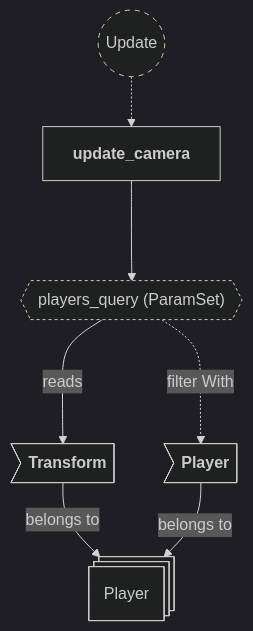
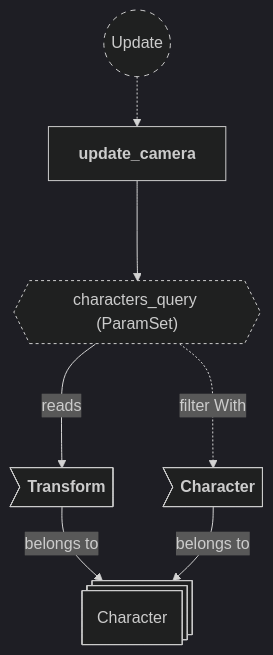
Before and after one commit to neurosoup/tyled: the fourth of 8 diagrams in backlog/docs/doc-6 - 005-Camera-plugin.md, drawn with Mermaid. The commit also changed other lines of this file and 7 other files, not shown here.

````diff
--- a/backlog/docs/doc-6 - 005-Camera-plugin.md
+++ b/backlog/docs/doc-6 - 005-Camera-plugin.md
@@ -149,26 +149,26 @@
 ```mermaid
 ---
 config:
   theme: dark
 ---
 
 flowchart TD
 classDef system-group stroke-dasharray: 5 5
 classDef query stroke-dasharray: 3 3
 
 update(("`Update`")):::system-group
 update_camera["`**update_camera**`"]
 
 update -.-> update_camera
 
-players_query{{"`players_query (ParamSet)`"}}:::query
-update_camera ---> players_query
+characters_query{{"`characters_query (ParamSet)`"}}:::query
+update_camera ---> characters_query
 
-player_entity@{ shape: st-rect, label: "Player" }
+character_entity@{ shape: st-rect, label: "Character" }
 
-pe_transform>"`**Transform**`"] --> |belongs to| player_entity
-pe_player>"`**Player**`"] --> |belongs to| player_entity
+ce_transform>"`**Transform**`"] --> |belongs to| character_entity
+ce_character>"`**Character**`"] --> |belongs to| character_entity
 
-players_query ---> |reads| pe_transform
-players_query -..-> |filter With| pe_player
+characters_query ---> |reads| ce_transform
+characters_query -..-> |filter With| ce_character
 ```
````
